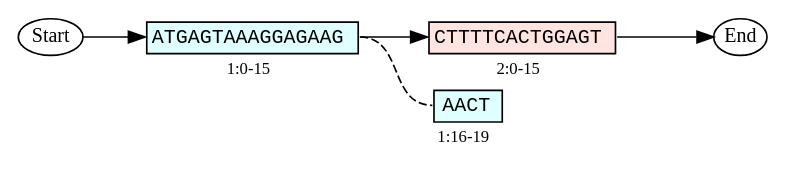
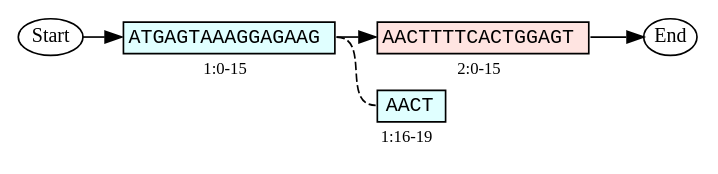
One commit to ginkgobioworks/gen changed the diagram in docs/figures/operators/stitch_left.dot. Above: the diagram before and after it, drawn with Graphviz. The commit also changed 13 other files, not shown here.

```diff
--- a/docs/figures/operators/stitch_left.dot
+++ b/docs/figures/operators/stitch_left.dot
@@ -1,34 +1,34 @@
 strict digraph "" {
 	graph [fontnames=svg,
 		rankdir=LR,
-		nodesep=0
+		nodesep=0,
+		ranksep=0.3
 	];
 	node [label="\N"];
 	start	[fontsize=12,
 		height=0.3,
 		label=Start,
 		margin=0,
 		width=0.45];
-	1 	[label=<<TABLE BORDER='0' CELLBORDER='1'><TR><TD ALIGN='CENTER' BGCOLOR='LIGHTCYAN' PORT='seq'><FONT POINT-SIZE='12' FACE='Monospace'>ATGAGTAAAGGAGAAG</FONT></TD></TR><TR><TD BORDER='0' ALIGN='CENTER'><FONT POINT-SIZE='10'>1:0-15</FONT></TD></TR></TABLE>>,
+	1 	[label=<<TABLE BORDER='0'><TR><TD BORDER='1' ALIGN='CENTER' BGCOLOR='LIGHTCYAN' PORT='seq'><FONT POINT-SIZE='12' FACE='Monospace'>ATGAGTAAAGGAGAAG</FONT></TD></TR><TR><TD BORDER='0' ALIGN='CENTER'><FONT POINT-SIZE='10'>1:0-15</FONT></TD></TR></TABLE>>,
 		margin=0,
 		shape=none];
-	2	[label=<<TABLE BORDER='0' CELLBORDER='1' WIDTH='135'><TR><TD ALIGN='CENTER' BGCOLOR='MISTYROSE' PORT='seq'><FONT POINT-SIZE='12' FACE='Monospace'>CTTTTCACTGGAGT</FONT></TD></TR><TR><TD BORDER='0' ALIGN='CENTER'><FONT POINT-SIZE='10'>2:0-15</FONT></TD></TR></TABLE>>,
+	2	[label=<<TABLE BORDER='0' WIDTH='140'><TR><TD BORDER='1' ALIGN='CENTER' BGCOLOR='MISTYROSE' PORT='seq'><FONT POINT-SIZE='12' FACE='Monospace'>AACTTTTCACTGGAGT</FONT></TD></TR><TR><TD BORDER='0' ALIGN='CENTER'><FONT POINT-SIZE='10'>2:0-15</FONT></TD></TR></TABLE>>,
 		margin=0,
 		shape=none];
- 
-	3 	[label=<<TABLE BORDER='0' CELLBORDER='1' WIDTH='140'><TR><TD WIDTH='0' BORDER='0'></TD><TD ALIGN='CENTER' BGCOLOR='LIGHTCYAN' PORT='seq'><FONT POINT-SIZE='12' FACE='Monospace'>AACT</FONT></TD></TR><TR><TD WIDTH='0' BORDER='0'></TD><TD BORDER='0' ALIGN='CENTER'><FONT POINT-SIZE='10'>1:16-19</FONT></TD></TR></TABLE>>,
+	3 	[label=<<TABLE BORDER='0' WIDTH='140'><TR><TD BORDER='1' ALIGN='CENTER' BGCOLOR='LIGHTCYAN' PORT='seq'><FONT POINT-SIZE='12' FACE='Monospace'>AACT</FONT></TD><TD BORDER='0'></TD></TR><TR><TD BORDER='0' ALIGN='CENTER'><FONT POINT-SIZE='10'>1:16-19</FONT></TD></TR></TABLE>>,
 		margin=0,
 		shape=none];
 
 	end	[fontsize=12,
 		height=0.3,
 		label=End,
 		margin=0,
 		width=0.45];
 
 	start:e -> 1:seq:w;
 	1:seq:e -> 2:seq:w [weight=10];
 	1:seq:e -> 3:seq:w [style=dashed, arrowhead=none];
 	2:seq:e -> end:w;
 
 }
```
